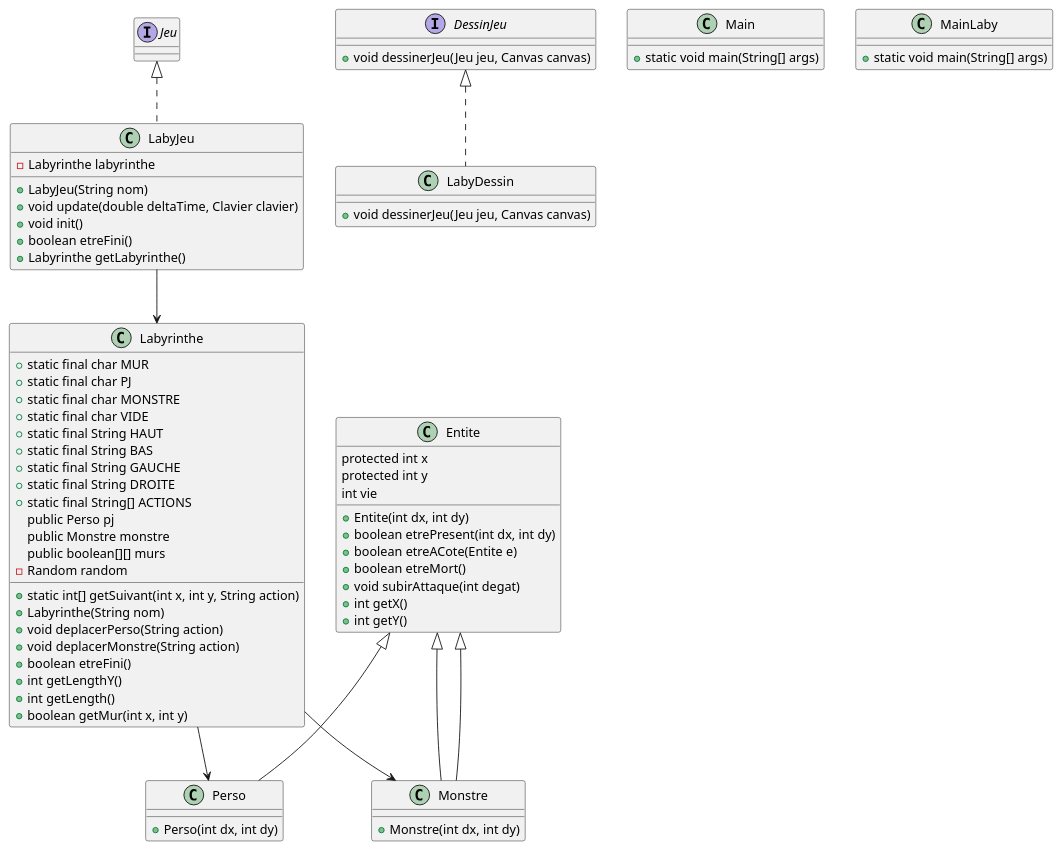
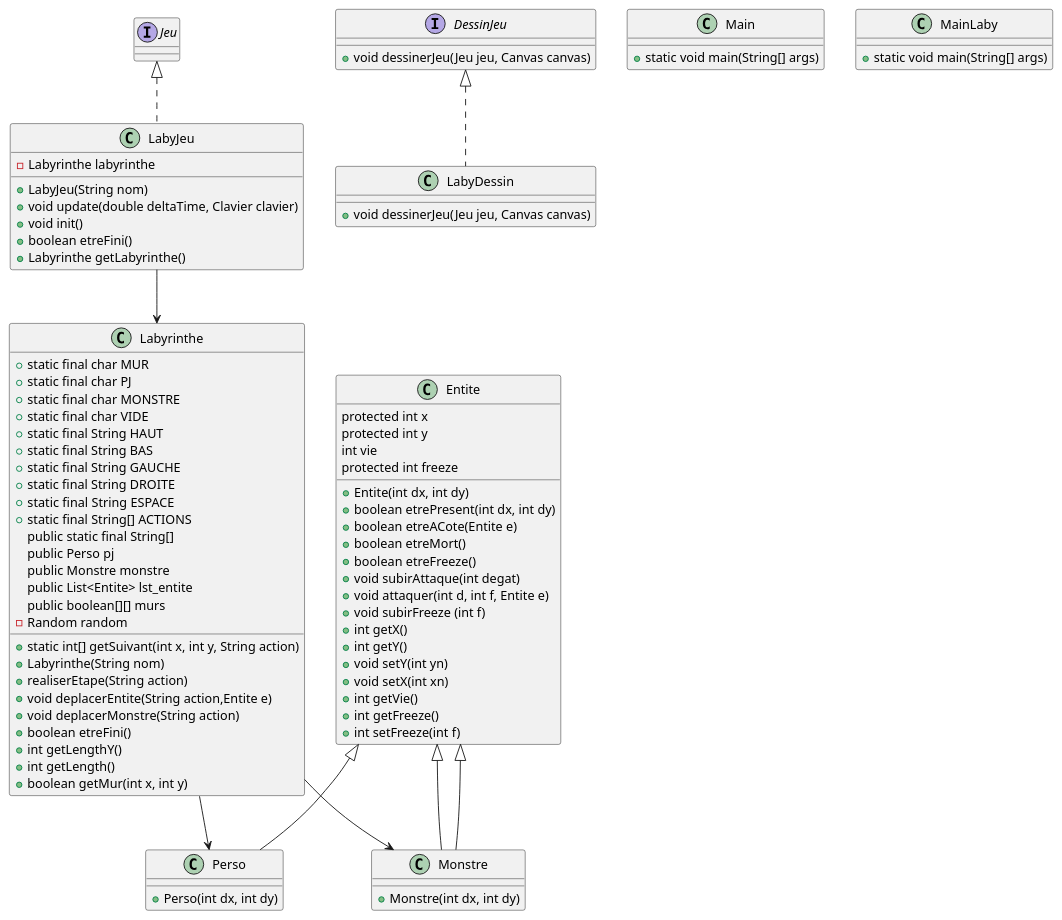
Before and after one commit to Maev975/Jeu_Zeldiablo: the diagram in zeldiablo/src/gameLaby/laby/Diagramme.puml, drawn with PlantUML. The commit also changed 1 other file, not shown here.

```diff
--- a/zeldiablo/src/gameLaby/laby/Diagramme.puml
+++ b/zeldiablo/src/gameLaby/laby/Diagramme.puml
@@ -1,129 +1,143 @@
 @startuml
 
 class Entite {
     protected int x
     protected int y
     int vie
+    protected int freeze
     + Entite(int dx, int dy)
     + boolean etrePresent(int dx, int dy)
     + boolean etreACote(Entite e)
     + boolean etreMort()
+    + boolean etreFreeze()
     + void subirAttaque(int degat)
+    + void attaquer(int d, int f, Entite e)
+    + void subirFreeze (int f)
     + int getX()
     + int getY()
+    + void setY(int yn)
+    + void setX(int xn)
+    + int getVie()
+    + int getFreeze()
+    + int setFreeze(int f)
 }
 
 class LabyDessin implements DessinJeu {
     + void dessinerJeu(Jeu jeu, Canvas canvas)
 }
 
 class LabyJeu implements Jeu {
     - Labyrinthe labyrinthe
     + LabyJeu(String nom)
     + void update(double deltaTime, Clavier clavier)
     + void init()
     + boolean etreFini()
     + Labyrinthe getLabyrinthe()
 }
 
 class Main {
     + static void main(String[] args)
 }
 
 class Labyrinthe {
     + static final char MUR
     + static final char PJ
     + static final char MONSTRE
     + static final char VIDE
     + static final String HAUT
     + static final String BAS
     + static final String GAUCHE
     + static final String DROITE
+    + static final String ESPACE
     + static final String[] ACTIONS
+    public static final String[]
     public Perso pj
     public Monstre monstre
+    public List<Entite> lst_entite
     public boolean[][] murs
     - Random random
     + static int[] getSuivant(int x, int y, String action)
     + Labyrinthe(String nom)
-    + void deplacerPerso(String action)
+    + realiserEtape(String action)
+    + void deplacerEntite(String action,Entite e)
     + void deplacerMonstre(String action)
     + boolean etreFini()
     + int getLengthY()
     + int getLength()
     + boolean getMur(int x, int y)
 }
 
 class MainLaby {
     + static void main(String[] args)
 }
 
 class Monstre extends Entite {
     + Monstre(int dx, int dy)
 }
 
 class Perso {
     + Perso(int dx, int dy)
 }
 
 'class Clavier {
 '    public boolean haut
 '    public boolean bas
 '    public boolean gauche
 '    public boolean droite
+'    public boolean espace
 '    + void appuyerTouche(KeyEvent event)
 '    + void relacherTouche(KeyEvent event)
 '}
 
 interface DessinJeu {
     + void dessinerJeu(Jeu jeu, Canvas canvas)
 }
 
 'class FrameStats {
 '    private long frameCount
 '    private double meanFrameInterval
 '    private final ReadOnlyStringWrapper text
 '    + long getFrameCount()
 '    + double getMeanFrameInterval()
 '    + void addFrame(long frameDurationNanos)
 '    + String getText()
 '    + ReadOnlyStringProperty textProperty()
 '    + String toString()
 '}
 
 'interface Jeu {
 '    + void update(double secondes, Clavier clavier)
 '    + void init()
 '    + boolean etreFini()
 '}
 
 'class MoteurJeu {
 '    private static double FPS
 '    private static double dureeFPS
 '    private static double WIDTH
 '    private static double HEIGHT
 '    private final FrameStats frameStats
 '    private static Jeu jeu
 '    private static DessinJeu dessin
 '    Clavier controle
 '    + static void launch(Jeu jeu, DessinJeu dessin)
 '    + static void setFPS(int FPSSouhaitees)
 '    + static void setTaille(double width, double height)
 '    + void start(Stage primaryStage)
 '    - void startAnimation(Canvas canvas)
 '}
 
 Entite <|-- Monstre
 Entite <|- Perso
 LabyJeu --> Labyrinthe
 Labyrinthe --> Perso
 Labyrinthe --> Monstre
 'DessinJeu <|.. LabyDessin
 'Jeu <|.. LabyJeu
 'LabyJeu --> Clavier
 'MoteurJeu --> FrameStats
 'MoteurJeu --> Clavier
 'MoteurJeu --> Jeu
 'MoteurJeu --> DessinJeu
 
 @enduml
```
